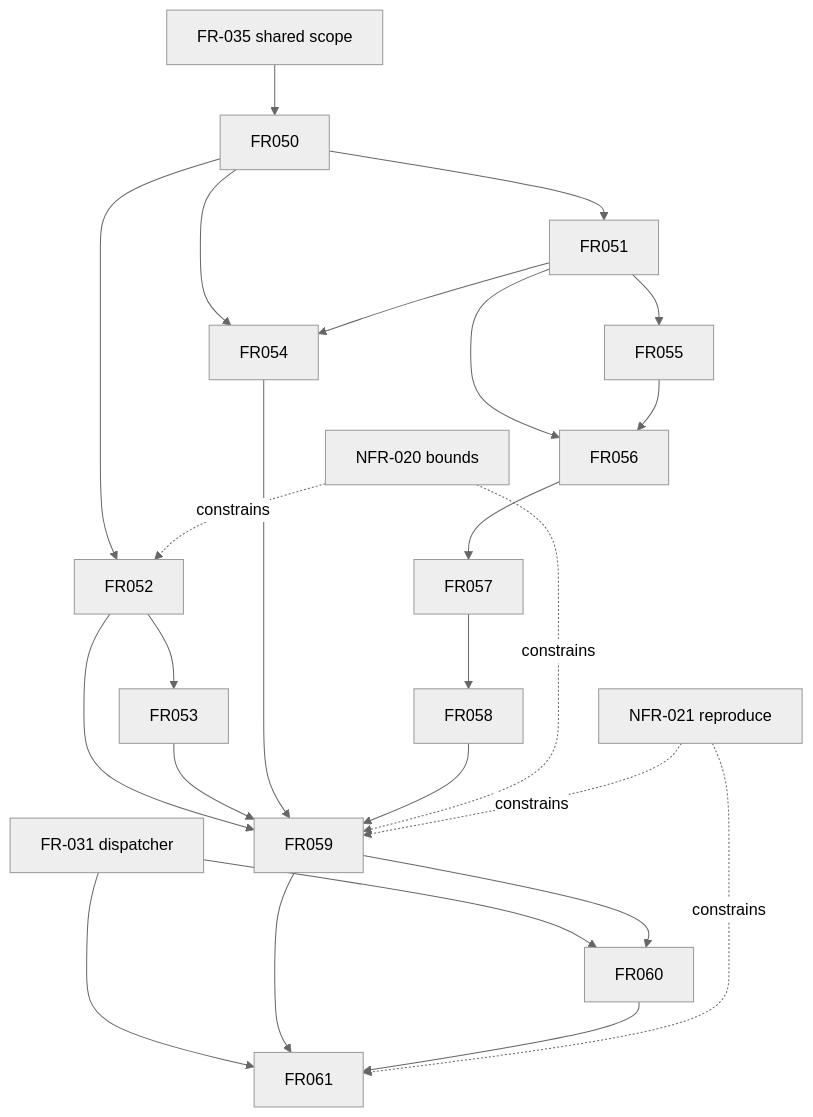
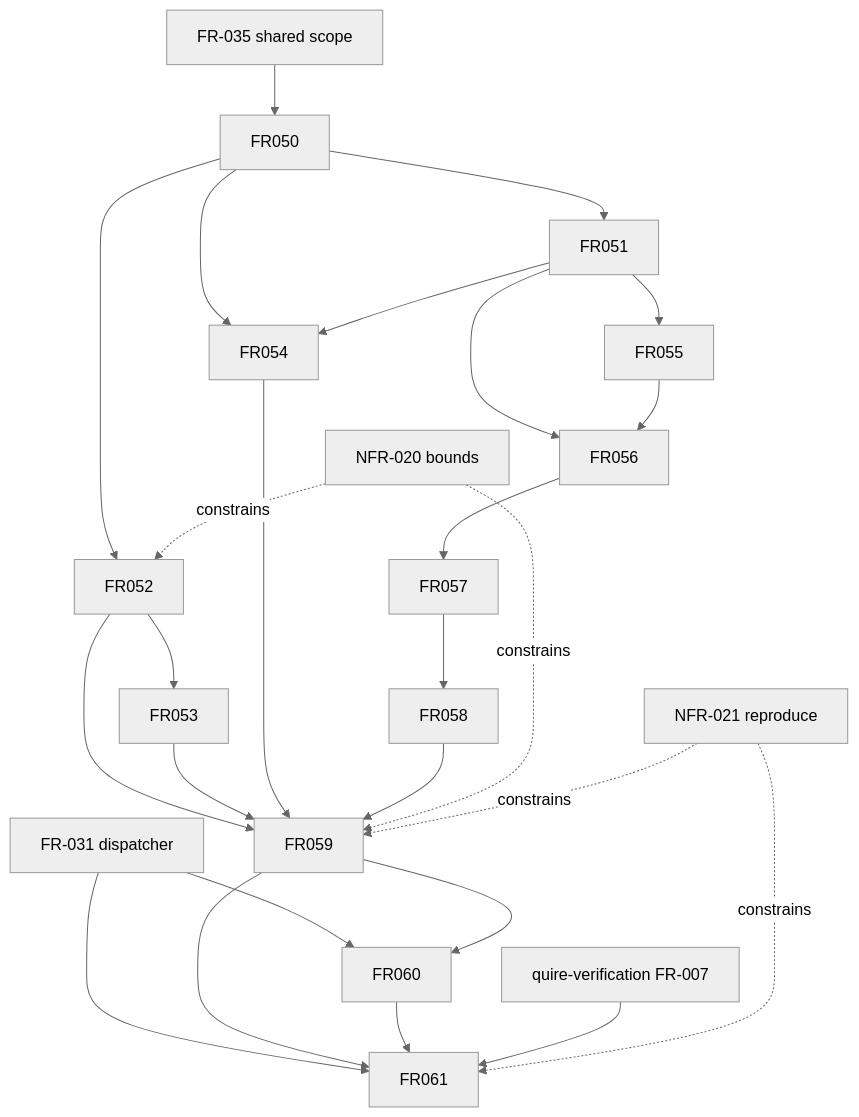
Before and after one commit to agent-ix/quire-specification: the diagram in spec/reviews/protocol-v1/dependency.md, drawn with Mermaid (neutral theme). The commit also changed other lines of this file and 7 other files, not shown here.

````diff
--- a/spec/reviews/protocol-v1/dependency.md
+++ b/spec/reviews/protocol-v1/dependency.md
@@ -48,27 +48,28 @@
 ```mermaid
 graph TD
   FR035["FR-035 shared scope"] --> FR050
   FR050 --> FR051
   FR050 --> FR052
   FR052 --> FR053
   FR050 --> FR054
   FR051 --> FR054
   FR051 --> FR055
   FR051 --> FR056
   FR055 --> FR056
   FR056 --> FR057
   FR057 --> FR058
   FR052 --> FR059
   FR053 --> FR059
   FR054 --> FR059
   FR058 --> FR059
   FR031["FR-031 dispatcher"] --> FR060
   FR059 --> FR060
   FR031 --> FR061
   FR059 --> FR061
   FR060 --> FR061
+  FR007["quire-verification FR-007"] --> FR061
   NFR020["NFR-020 bounds"] -. constrains .-> FR052
   NFR020 -. constrains .-> FR059
   NFR021["NFR-021 reproduce"] -. constrains .-> FR059
   NFR021 -. constrains .-> FR061
 ```
````
